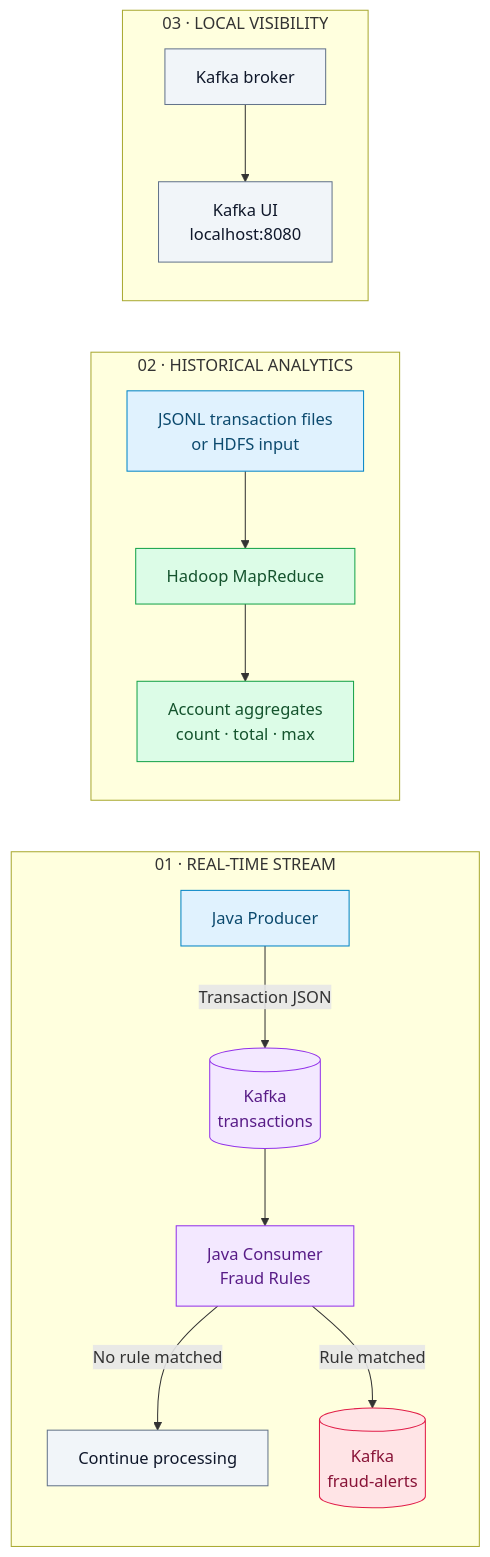
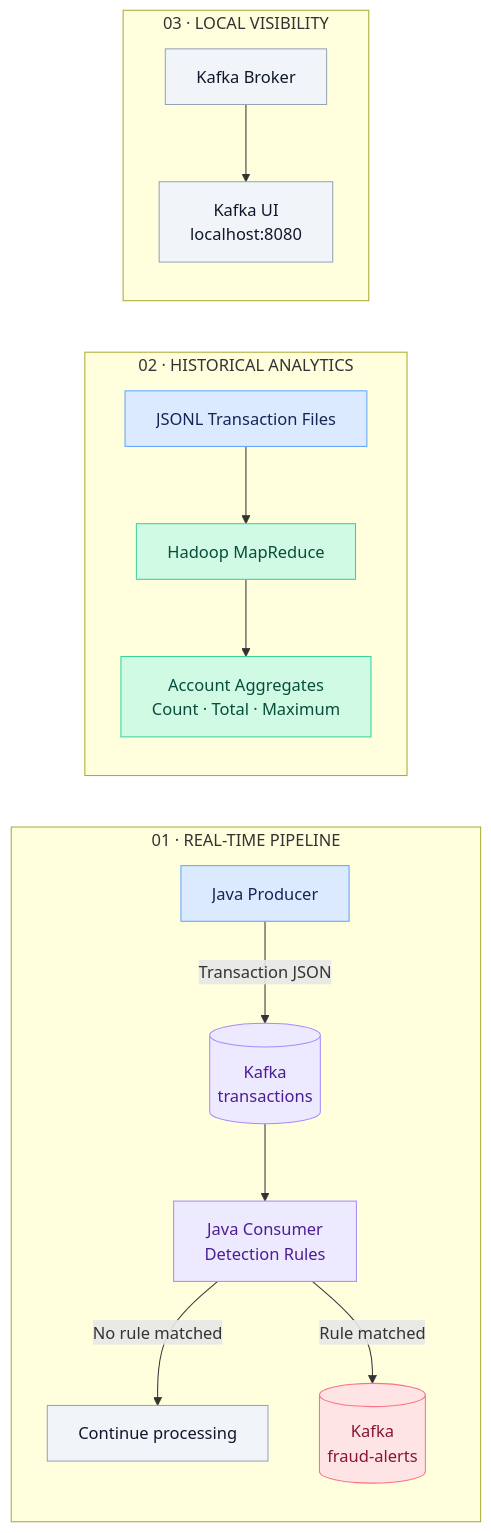
The first of 2 diagrams in README.md (akankshad1712/real-time-fraud-detection-system), drawn with Mermaid before and after one commit. The commit also changed other lines of this file, not shown here.

````diff
--- a/README.md
+++ b/README.md
@@ -44,29 +134,30 @@
 ```mermaid
 flowchart LR
-    subgraph STREAM["01 · REAL-TIME STREAM"]
+    subgraph REALTIME["01 · REAL-TIME PIPELINE"]
         P["Java Producer"] -->|"Transaction JSON"| T[("Kafka<br/>transactions")]
-        T --> C["Java Consumer<br/>Fraud Rules"]
+        T --> C["Java Consumer<br/>Detection Rules"]
         C -->|"No rule matched"| N["Continue processing"]
         C -->|"Rule matched"| A[("Kafka<br/>fraud-alerts")]
     end
 
     subgraph BATCH["02 · HISTORICAL ANALYTICS"]
-        F["JSONL transaction files<br/>or HDFS input"] --> M["Hadoop MapReduce"]
-        M --> R["Account aggregates<br/>count · total · max"]
+        F["JSONL Transaction Files"] --> M["Hadoop MapReduce"]
+        M --> R["Account Aggregates<br/>Count · Total · Maximum"]
     end
 
-    subgraph OBS["03 · LOCAL VISIBILITY"]
-        K["Kafka broker"] --> UI["Kafka UI<br/>localhost:8080"]
+    subgraph OBSERVABILITY["03 · LOCAL VISIBILITY"]
+        K["Kafka Broker"] --> UI["Kafka UI<br/>localhost:8080"]
     end
 
-    classDef source fill:#E0F2FE,stroke:#0284C7,color:#0C4A6E
-    classDef stream fill:#F3E8FF,stroke:#9333EA,color:#581C87
-    classDef alert fill:#FFE4E6,stroke:#E11D48,color:#881337
-    classDef batch fill:#DCFCE7,stroke:#16A34A,color:#14532D
-    classDef neutral fill:#F1F5F9,stroke:#64748B,color:#0F172A
-    class P,F source
+    classDef input fill:#DBEAFE,stroke:#60A5FA,color:#172554
+    classDef stream fill:#EDE9FE,stroke:#A78BFA,color:#4C1D95
+    classDef alert fill:#FFE4E6,stroke:#FB7185,color:#881337
+    classDef batch fill:#D1FAE5,stroke:#34D399,color:#064E3B
+    classDef neutral fill:#F1F5F9,stroke:#94A3B8,color:#0F172A
+
+    class P,F input
     class T,C stream
     class A alert
     class M,R batch
-    class N,UI,K neutral
+    class N,K,UI neutral
 ```
````
